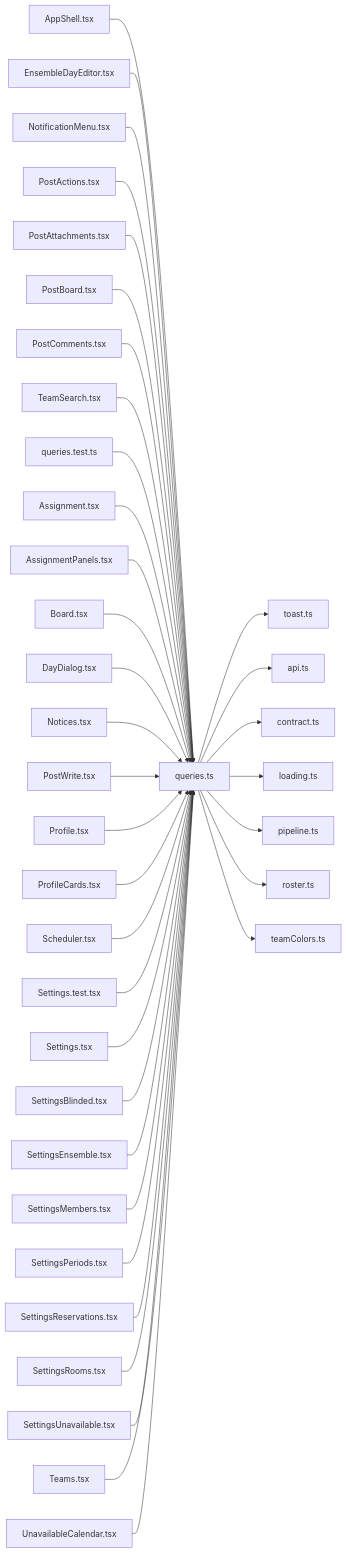
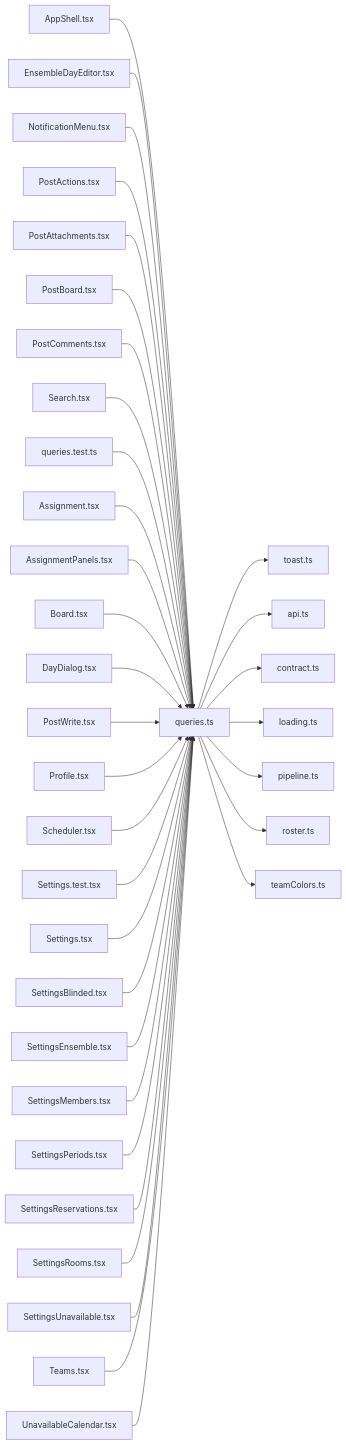
The diagram in .cluedoc/graph/frontend/src/components/queries.md (minkong-dev/Banblit), drawn with Mermaid before and after one commit. The commit also changed other lines of this file and 78 other files, not shown here.

Commit message:
frontend: merge single-function files into Board, Profile, Search, controls, loading and pipeline

````diff
--- a/.cluedoc/graph/frontend/src/components/queries.md
+++ b/.cluedoc/graph/frontend/src/components/queries.md
@@ -10,40 +10,38 @@
 ```mermaid
 flowchart LR
   frontend_src_components_queries["queries.ts"]
   frontend_src_components_queries --> frontend_src_components_toast["toast.ts"]
   frontend_src_components_queries --> frontend_src_lib_api["api.ts"]
   frontend_src_components_queries --> frontend_src_lib_contract["contract.ts"]
   frontend_src_components_queries --> frontend_src_lib_loading["loading.ts"]
   frontend_src_components_queries --> frontend_src_lib_pipeline["pipeline.ts"]
   frontend_src_components_queries --> frontend_src_lib_roster["roster.ts"]
   frontend_src_components_queries --> frontend_src_lib_teamColors["teamColors.ts"]
   frontend_src_components_AppShell["AppShell.tsx"] --> frontend_src_components_queries
   frontend_src_components_EnsembleDayEditor["EnsembleDayEditor.tsx"] --> frontend_src_components_queries
   frontend_src_components_NotificationMenu["NotificationMenu.tsx"] --> frontend_src_components_queries
   frontend_src_components_PostActions["PostActions.tsx"] --> frontend_src_components_queries
   frontend_src_components_PostAttachments["PostAttachments.tsx"] --> frontend_src_components_queries
   frontend_src_components_PostBoard["PostBoard.tsx"] --> frontend_src_components_queries
   frontend_src_components_PostComments["PostComments.tsx"] --> frontend_src_components_queries
-  frontend_src_components_TeamSearch["TeamSearch.tsx"] --> frontend_src_components_queries
+  frontend_src_components_Search["Search.tsx"] --> frontend_src_components_queries
   frontend_src_components_queries_test["queries.test.ts"] --> frontend_src_components_queries
   frontend_src_routes_Assignment["Assignment.tsx"] --> frontend_src_components_queries
   frontend_src_routes_AssignmentPanels["AssignmentPanels.tsx"] --> frontend_src_components_queries
   frontend_src_routes_Board["Board.tsx"] --> frontend_src_components_queries
   frontend_src_routes_DayDialog["DayDialog.tsx"] --> frontend_src_components_queries
-  frontend_src_routes_Notices["Notices.tsx"] --> frontend_src_components_queries
   frontend_src_routes_PostWrite["PostWrite.tsx"] --> frontend_src_components_queries
   frontend_src_routes_Profile["Profile.tsx"] --> frontend_src_components_queries
-  frontend_src_routes_ProfileCards["ProfileCards.tsx"] --> frontend_src_components_queries
   frontend_src_routes_Scheduler["Scheduler.tsx"] --> frontend_src_components_queries
   frontend_src_routes_Settings_test["Settings.test.tsx"] --> frontend_src_components_queries
   frontend_src_routes_Settings["Settings.tsx"] --> frontend_src_components_queries
   frontend_src_routes_SettingsBlinded["SettingsBlinded.tsx"] --> frontend_src_components_queries
   frontend_src_routes_SettingsEnsemble["SettingsEnsemble.tsx"] --> frontend_src_components_queries
   frontend_src_routes_SettingsMembers["SettingsMembers.tsx"] --> frontend_src_components_queries
   frontend_src_routes_SettingsPeriods["SettingsPeriods.tsx"] --> frontend_src_components_queries
   frontend_src_routes_SettingsReservations["SettingsReservations.tsx"] --> frontend_src_components_queries
   frontend_src_routes_SettingsRooms["SettingsRooms.tsx"] --> frontend_src_components_queries
   frontend_src_routes_SettingsUnavailable["SettingsUnavailable.tsx"] --> frontend_src_components_queries
   frontend_src_routes_Teams["Teams.tsx"] --> frontend_src_components_queries
   frontend_src_routes_UnavailableCalendar["UnavailableCalendar.tsx"] --> frontend_src_components_queries
 ```
````
